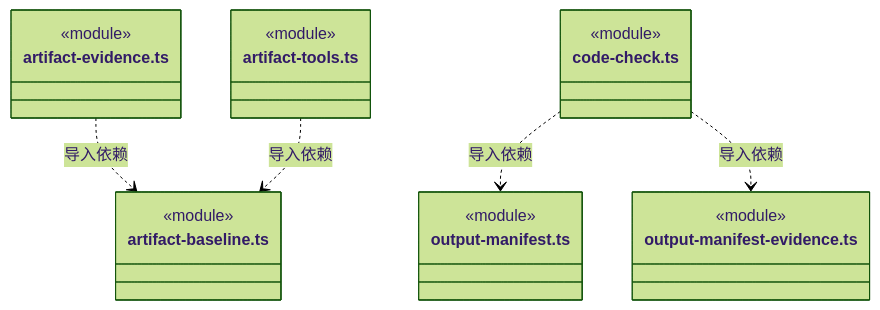
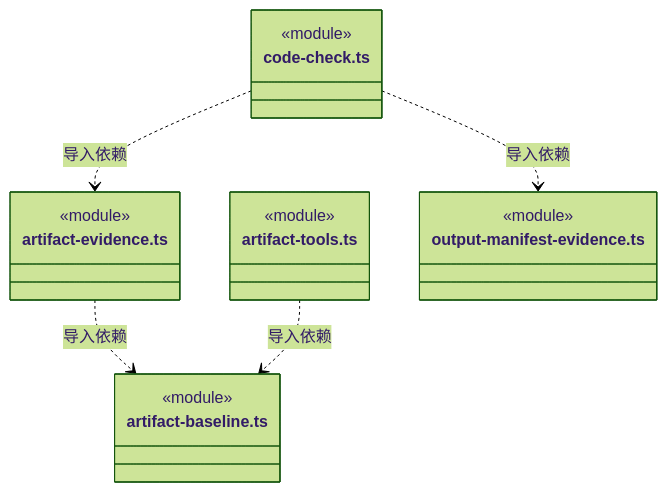
One commit to nan023062/cbim changed diagram 34 of 46 in src/logic/evidence/rules/ARCHITECTURE.md. Above: the diagram before and after it, drawn with Mermaid (forest theme). The commit also changed other lines of this file and 112 other files, not shown here.

Commit message:
docs: align source architecture with current declarations and contracts

````diff
--- a/src/logic/evidence/rules/ARCHITECTURE.md
+++ b/src/logic/evidence/rules/ARCHITECTURE.md
@@ -780,25 +780,22 @@
 ```mermaid
 classDiagram
 class N_src_logic_evidence_rules_artifact_evidence_ts["artifact-evidence.ts"] {
   <<module>>
 }
 class N_src_logic_evidence_rules_artifact_baseline_ts["artifact-baseline.ts"] {
   <<module>>
 }
 class N_src_logic_evidence_rules_artifact_tools_ts["artifact-tools.ts"] {
   <<module>>
 }
 class N_src_logic_evidence_rules_code_check_ts["code-check.ts"] {
   <<module>>
 }
-class N_src_logic_evidence_rules_output_manifest_ts["output-manifest.ts"] {
-  <<module>>
-}
 class N_src_logic_evidence_rules_output_manifest_evidence_ts["output-manifest-evidence.ts"] {
   <<module>>
 }
 N_src_logic_evidence_rules_artifact_evidence_ts ..> N_src_logic_evidence_rules_artifact_baseline_ts : 导入依赖
 N_src_logic_evidence_rules_artifact_tools_ts ..> N_src_logic_evidence_rules_artifact_baseline_ts : 导入依赖
-N_src_logic_evidence_rules_code_check_ts ..> N_src_logic_evidence_rules_output_manifest_ts : 导入依赖
+N_src_logic_evidence_rules_code_check_ts ..> N_src_logic_evidence_rules_artifact_evidence_ts : 导入依赖
 N_src_logic_evidence_rules_code_check_ts ..> N_src_logic_evidence_rules_output_manifest_evidence_ts : 导入依赖
 ```
````
